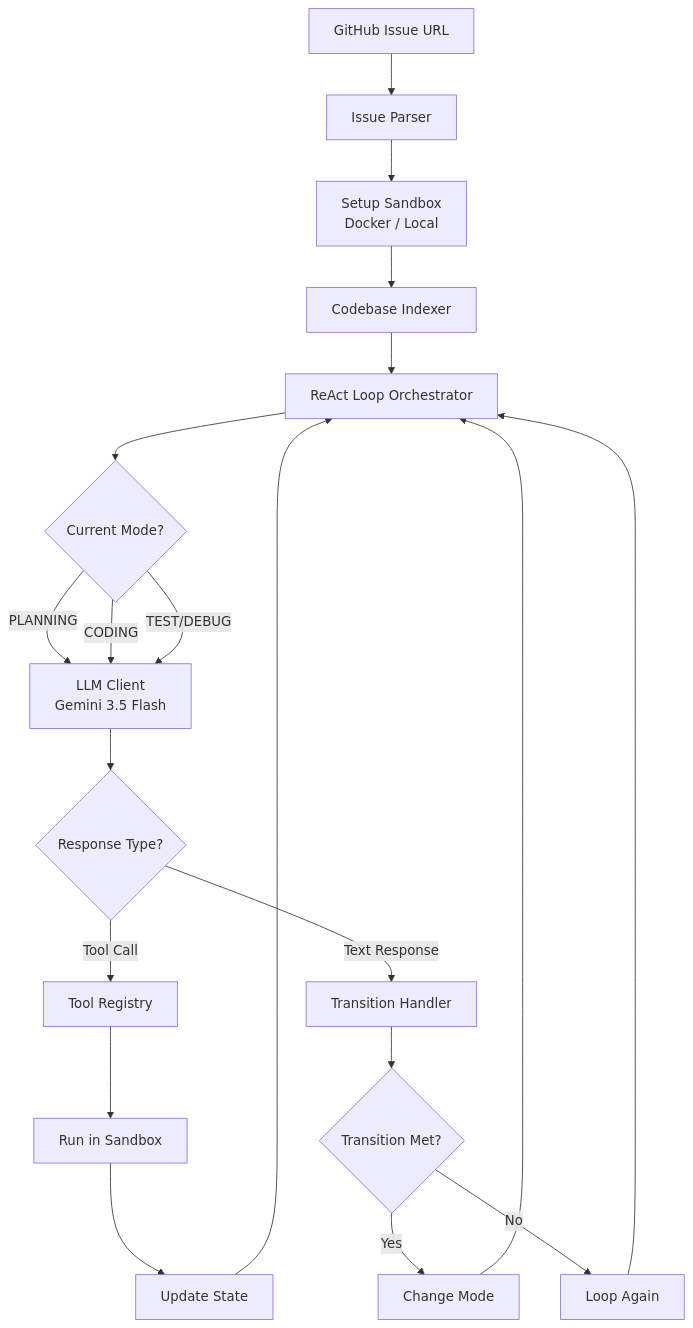
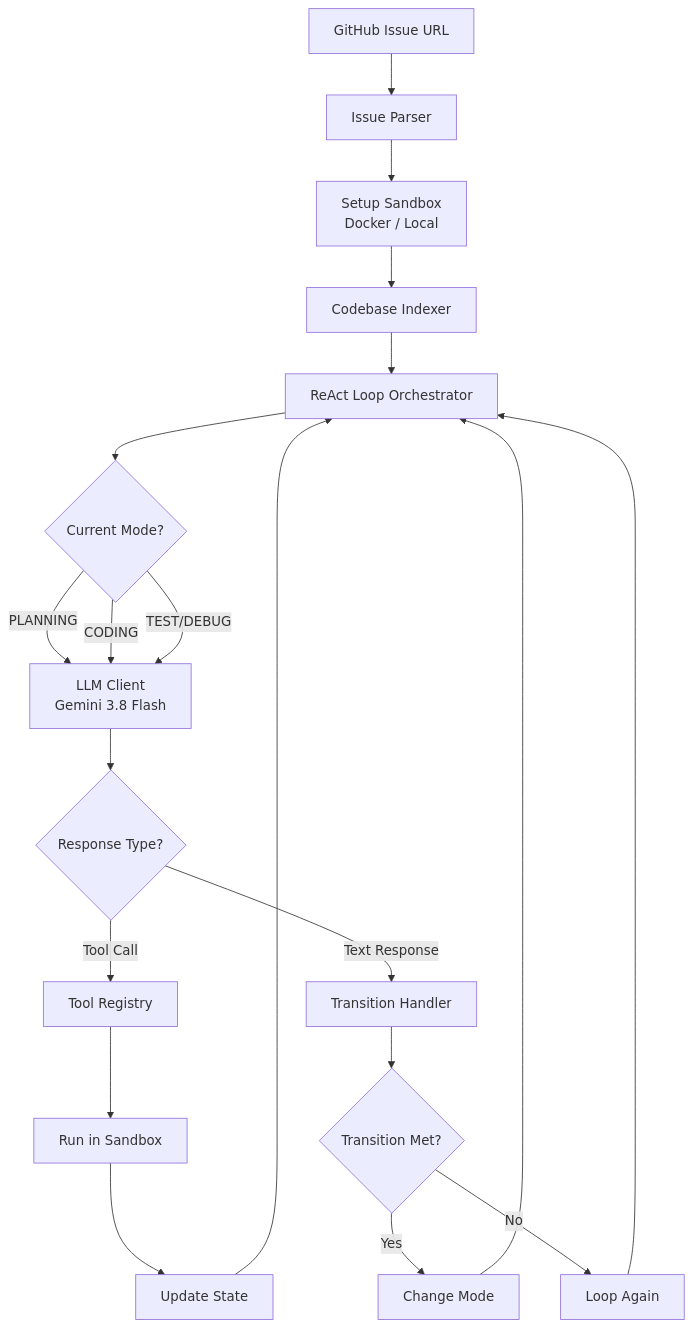
The diagram in README.md (arman1o1/autodev), drawn with Mermaid before and after one commit. The commit also changed other lines of this file and 16 other files, not shown here.

Commit message:
feat: upgrade to gemini-3.8-flash, add context manager, tree-sitter indexing, and fix core bugs

````diff
--- a/README.md
+++ b/README.md
@@ -23,22 +24,22 @@
 ```mermaid
 graph TD
     URL[GitHub Issue URL] --> Parser[Issue Parser]
     Parser --> Sandbox[Setup Sandbox<br/>Docker / Local]
     Sandbox --> Indexer[Codebase Indexer]
     Indexer --> Loop[ReAct Loop Orchestrator]
     Loop --> Mode{Current Mode?}
-    Mode -->|PLANNING| LLM[LLM Client<br/>Gemini 3.5 Flash]
+    Mode -->|PLANNING| LLM[LLM Client<br/>Gemini 3.8 Flash]
     Mode -->|CODING| LLM
     Mode -->|TEST/DEBUG| LLM
     LLM --> Type{Response Type?}
     Type -->|Tool Call| Registry[Tool Registry]
     Type -->|Text Response| Handler[Transition Handler]
     Registry --> Exec[Run in Sandbox]
     Exec --> State[Update State]
     State --> Loop
     Handler --> Transition{Transition Met?}
     Transition -->|Yes| Change[Change Mode]
     Transition -->|No| Again[Loop Again]
     Change --> Loop
     Again --> Loop
 ```
````
